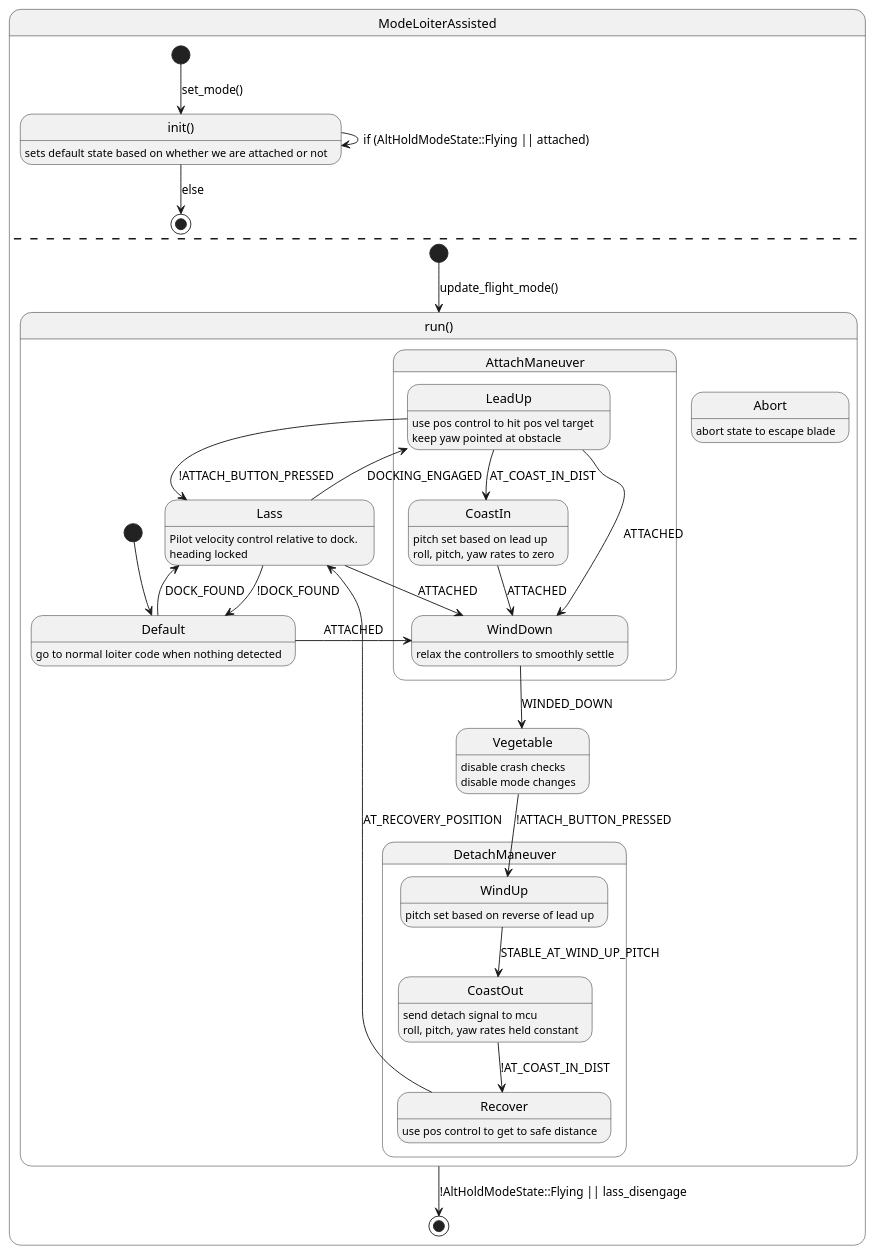
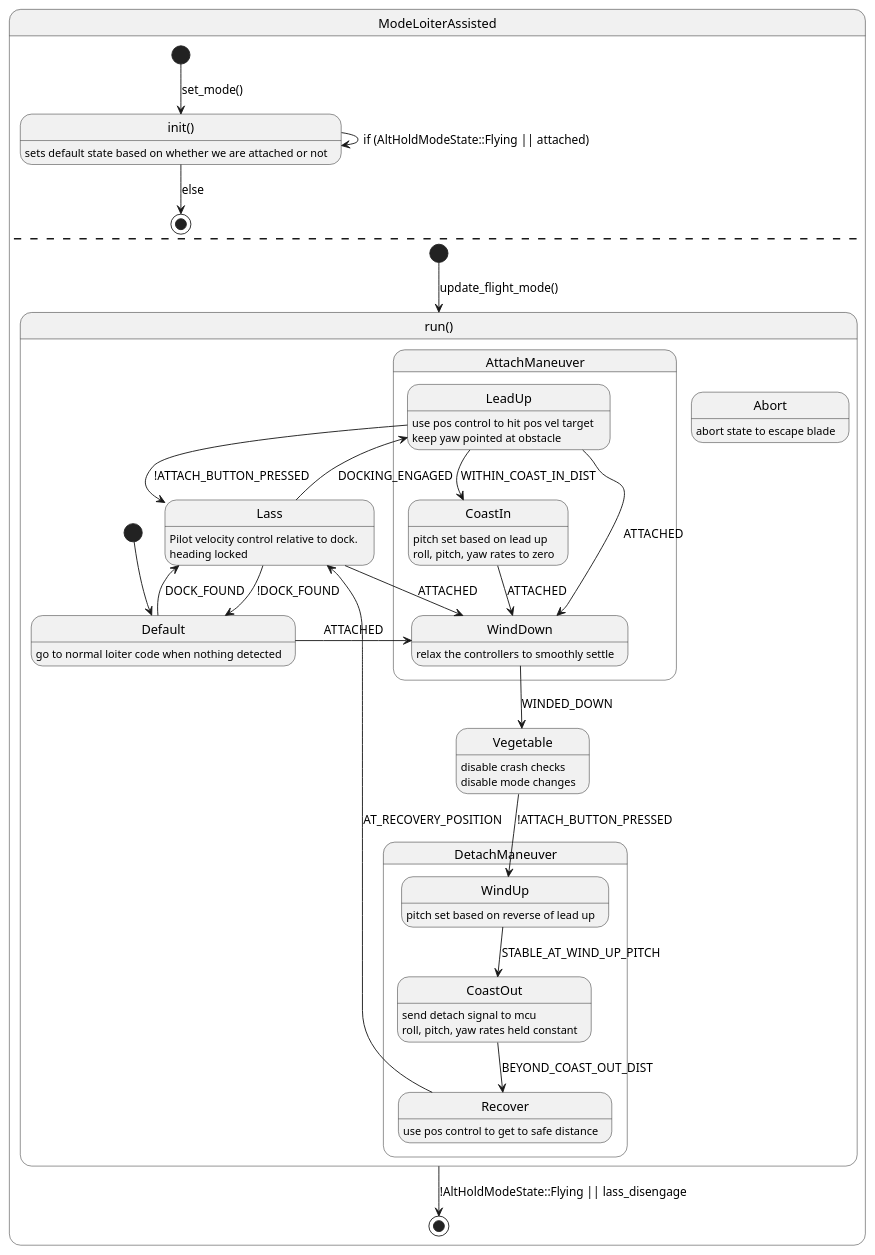
The diagram in notes/lass-state-machine.wsd (Persimia/ardupilot), drawn with PlantUML before and after one commit. The commit also changed 1 other file, not shown here.

```diff
--- a/notes/lass-state-machine.wsd
+++ b/notes/lass-state-machine.wsd
@@ -1,88 +1,88 @@
 @startuml Lass State Machine
 
 
 state ModeLoiterAssisted {
 
 ' States
 state "init()" as init: \
 sets default state based on whether we are attached or not
 
 ' Transitions
 [*] --> init : set_mode()
 init --> [*] : else
 init --> init : if (AltHoldModeState::Flying || attached)
 
 ' ==========================
 --
 
 state "run()" as run{
 
 ' States
 state Lass: \
 Pilot velocity control relative to dock. \n\
 heading locked
 
 State AttachManeuver {
 State LeadUp: \
 use pos control to hit pos vel target \n\
 keep yaw pointed at obstacle
 
 State CoastIn: \
 pitch set based on lead up \n\
 roll, pitch, yaw rates to zero
 
 State WindDown: \
 relax the controllers to smoothly settle
 }
 
 
 state Vegetable: \
 disable crash checks \n\
 disable mode changes 
 
 State DetachManeuver {
 State WindUp: \
 pitch set based on reverse of lead up
 
 State CoastOut: \
 send detach signal to mcu \n\
 roll, pitch, yaw rates held constant
 
 State Recover: \
 use pos control to get to safe distance
 }
 
 State Default: \
 go to normal loiter code when nothing detected
 
 State Abort: \
 abort state to escape blade
 
 
 ' Transitions
 [*] --> Default
 Default --> Lass : DOCK_FOUND
 Default --> WindDown : ATTACHED
 Lass --> Default : !DOCK_FOUND
 Lass --> LeadUp : DOCKING_ENGAGED
 Lass --> WindDown : ATTACHED
-LeadUp --> CoastIn : AT_COAST_IN_DIST
+LeadUp --> CoastIn : WITHIN_COAST_IN_DIST
 LeadUp --> WindDown : ATTACHED
 LeadUp --> Lass : !ATTACH_BUTTON_PRESSED
 CoastIn --> WindDown : ATTACHED
 ' CoastIn --> Abort : FALLING
 WindDown --> Vegetable : WINDED_DOWN
 ' WindDown --> Abort : FALLING
 Vegetable --> WindUp : !ATTACH_BUTTON_PRESSED
 WindUp --> CoastOut : STABLE_AT_WIND_UP_PITCH
-CoastOut --> Recover : !AT_COAST_IN_DIST
+CoastOut --> Recover : BEYOND_COAST_OUT_DIST
 Recover --> Lass : AT_RECOVERY_POSITION
 }
 
 [*] --> run : update_flight_mode()
 run --> [*] : !AltHoldModeState::Flying || lass_disengage
 }
 
 
 
 @enduml
```
